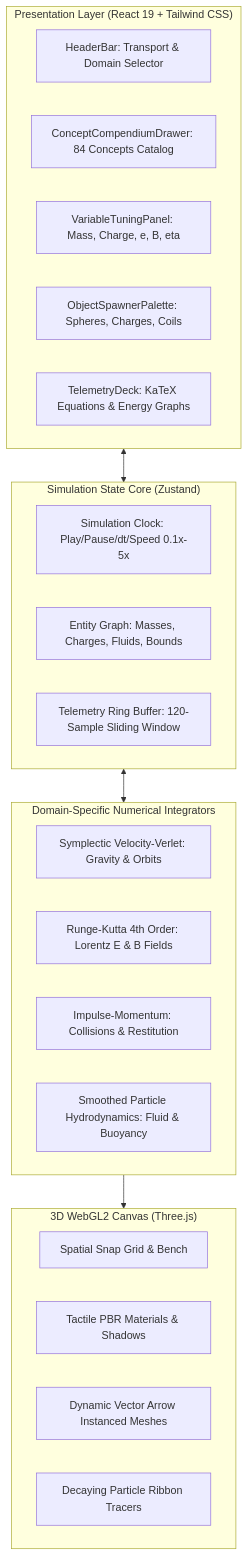
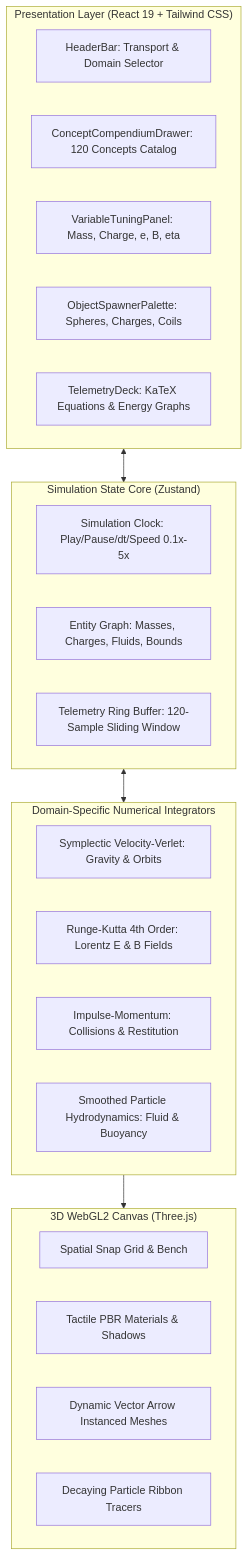
One commit to KARTHIKEYASHARMA672/reality-engine changed the diagram in ARCHITECTURE.md. Above: the diagram before and after it, drawn with Mermaid. The commit also changed other lines of this file and 21 other files, not shown here.

````diff
--- a/ARCHITECTURE.md
+++ b/ARCHITECTURE.md
@@ -88,34 +88,34 @@
 ```mermaid
 flowchart TD
     subgraph UI ["Presentation Layer (React 19 + Tailwind CSS)"]
         H[HeaderBar: Transport & Domain Selector]
-        C[ConceptCompendiumDrawer: 84 Concepts Catalog]
+        C[ConceptCompendiumDrawer: 120 Concepts Catalog]
         P[VariableTuningPanel: Mass, Charge, e, B, eta]
         S[ObjectSpawnerPalette: Spheres, Charges, Coils]
         T[TelemetryDeck: KaTeX Equations & Energy Graphs]
     end
 
     subgraph State ["Simulation State Core (Zustand)"]
         Clock[Simulation Clock: Play/Pause/dt/Speed 0.1x-5x]
         Entities[Entity Graph: Masses, Charges, Fluids, Bounds]
         Buffer[Telemetry Ring Buffer: 120-Sample Sliding Window]
     end
 
     subgraph Solvers ["Domain-Specific Numerical Integrators"]
         Verlet[Symplectic Velocity-Verlet: Gravity & Orbits]
         RK4[Runge-Kutta 4th Order: Lorentz E & B Fields]
         Impulse[Impulse-Momentum: Collisions & Restitution]
         SPH[Smoothed Particle Hydrodynamics: Fluid & Buoyancy]
     end
 
     subgraph Rendering ["3D WebGL2 Canvas (Three.js)"]
         Grid[Spatial Snap Grid & Bench]
         Meshes[Tactile PBR Materials & Shadows]
         Fields[Dynamic Vector Arrow Instanced Meshes]
         Trails[Decaying Particle Ribbon Tracers]
     end
 
     UI <--> State
     State <--> Solvers
     Solvers --> Rendering
 ```
````
